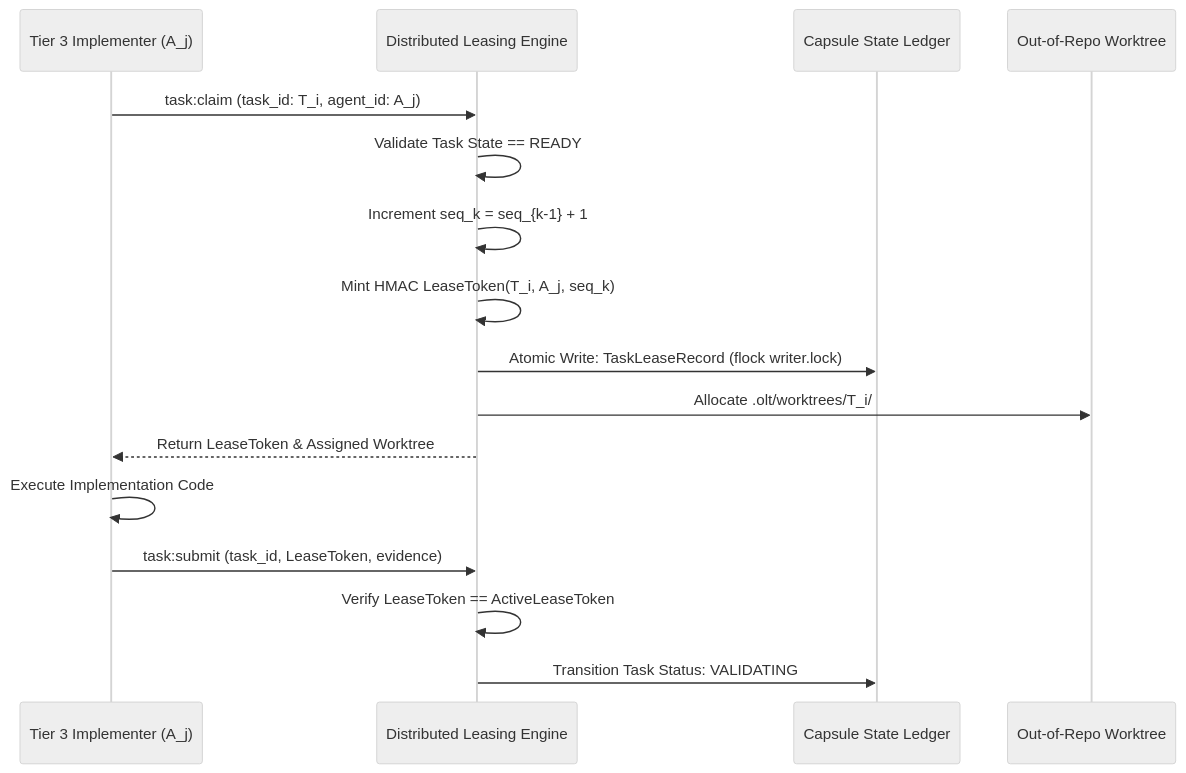
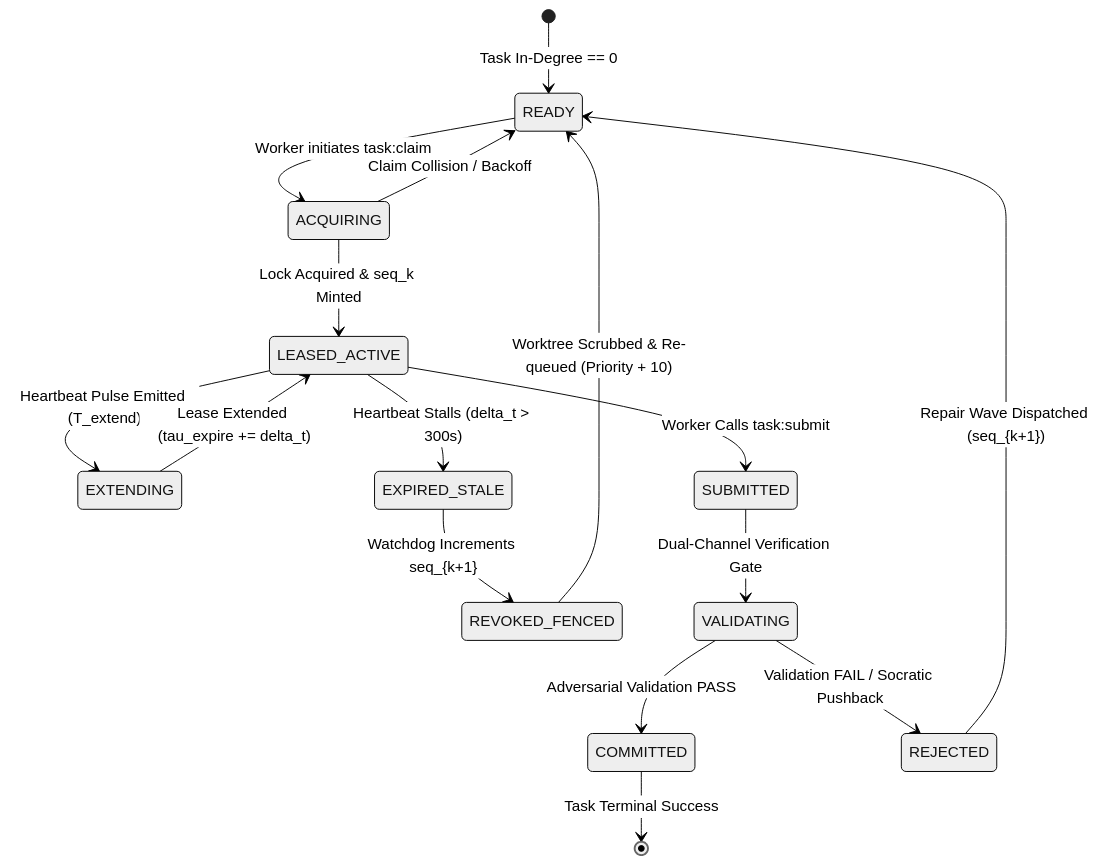
The second of 2 diagrams in docs/olt/architecture/07-distributed-leasing-execution/07-01-monotonic-lease-protocol-and-tokens.md (onurseckin/skills), drawn with Mermaid (neutral theme) before and after one commit. The commit also changed other lines of this file and 163 other files, not shown here.

````diff
--- a/docs/olt/architecture/07-distributed-leasing-execution/07-01-monotonic-lease-protocol-and-tokens.md
+++ b/docs/olt/architecture/07-distributed-leasing-execution/07-01-monotonic-lease-protocol-and-tokens.md
@@ -63,19 +128,24 @@
 ```mermaid
-sequenceDiagram
-    participant Worker as Tier 3 Implementer (A_j)
-    participant Scheduler as Distributed Leasing Engine
-    participant Ledger as Capsule State Ledger
-    participant Worktree as Out-of-Repo Worktree
+stateDiagram-v2
+    [*] --> READY: Task In-Degree == 0
 
-    Worker->>Scheduler: task:claim (task_id: T_i, agent_id: A_j)
-    Scheduler->>Scheduler: Validate Task State == READY
-    Scheduler->>Scheduler: Increment seq_k = seq_{k-1} + 1
-    Scheduler->>Scheduler: Mint HMAC LeaseToken(T_i, A_j, seq_k)
-    Scheduler->>Ledger: Atomic Write: TaskLeaseRecord (flock writer.lock)
-    Scheduler->>Worktree: Allocate .olt/worktrees/T_i/
-    Scheduler-->>Worker: Return LeaseToken & Assigned Worktree
-    Worker->>Worker: Execute Implementation Code
-    Worker->>Scheduler: task:submit (task_id, LeaseToken, evidence)
-    Scheduler->>Scheduler: Verify LeaseToken == ActiveLeaseToken
-    Scheduler->>Ledger: Transition Task Status: VALIDATING
+    READY --> ACQUIRING: Worker initiates task:claim
+    ACQUIRING --> READY: Claim Collision / Backoff
+    ACQUIRING --> LEASED_ACTIVE: Lock Acquired & seq_k Minted
+
+    LEASED_ACTIVE --> EXTENDING: Heartbeat Pulse Emitted (T_extend)
+    EXTENDING --> LEASED_ACTIVE: Lease Extended (tau_expire += delta_t)
+
+    LEASED_ACTIVE --> EXPIRED_STALE: Heartbeat Stalls (delta_t > 300s)
+    LEASED_ACTIVE --> SUBMITTED: Worker Calls task:submit
+
+    EXPIRED_STALE --> REVOKED_FENCED: Watchdog Increments seq_{k+1}
+    REVOKED_FENCED --> READY: Worktree Scrubbed & Re-queued (Priority + 10)
+
+    SUBMITTED --> VALIDATING: Dual-Channel Verification Gate
+    VALIDATING --> COMMITTED: Adversarial Validation PASS
+    VALIDATING --> REJECTED: Validation FAIL / Socratic Pushback
+
+    REJECTED --> READY: Repair Wave Dispatched (seq_{k+1})
+    COMMITTED --> [*]: Task Terminal Success
 ```
````
